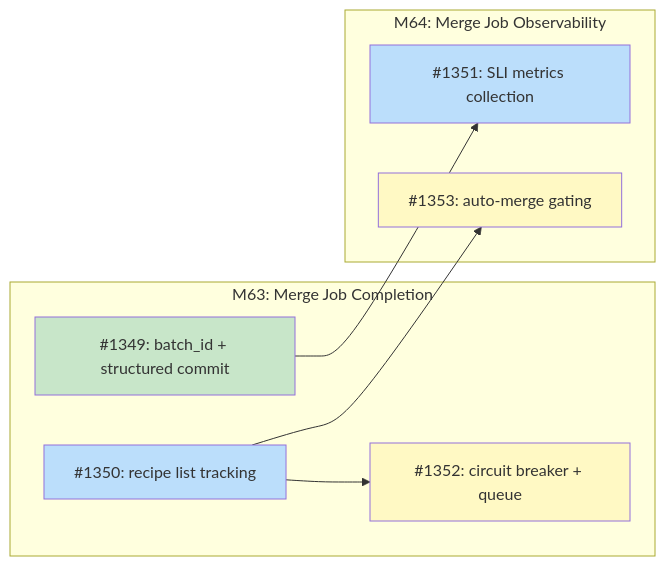
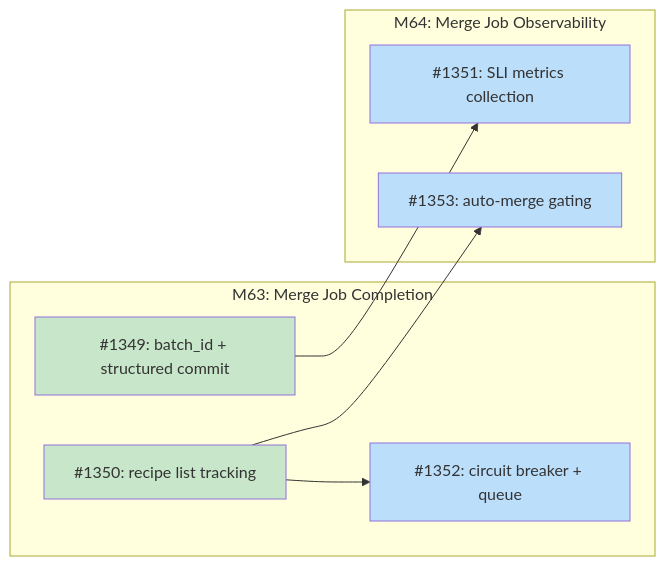
Before and after one commit to tsukumogami/tsuku: the diagram in docs/designs/DESIGN-merge-job-completion.md, drawn with Mermaid. The commit also changed other lines of this file and 1 other file, not shown here.

Commit message:
ci(batch): add recipe list tracking to merge job (#1374)
Accumulate `INCLUDED_RECIPES` and `EXCLUDED_RECIPES` name lists during
the merge job's constraint derivation loop. Previously only counts were
tracked; downstream steps need the actual recipe names to update queue
statuses per-recipe (#1352) and to know which recipes were excluded
(#1353).

Both variables are exported to `$GITHUB_ENV` as space-separated lists,
with the leading space stripped. No new steps or files — just variable
accumulation alongside existing count logic.

````diff
--- a/docs/designs/DESIGN-merge-job-completion.md
+++ b/docs/designs/DESIGN-merge-job-completion.md
@@ -45,27 +45,25 @@
 ```mermaid
 graph LR
     subgraph M63["M63: Merge Job Completion"]
         I1349["#1349: batch_id + structured commit"]
         I1350["#1350: recipe list tracking"]
         I1352["#1352: circuit breaker + queue"]
     end
 
     subgraph M64["M64: Merge Job Observability"]
         I1351["#1351: SLI metrics collection"]
         I1353["#1353: auto-merge gating"]
     end
 
     I1350 --> I1352
     I1349 --> I1351
     I1350 --> I1353
 
     classDef done fill:#c8e6c9
     classDef ready fill:#bbdefb
     classDef blocked fill:#fff9c4
     classDef needsDesign fill:#e1bee7
 
-    class I1349 done
-    class I1350 ready
-    class I1351 ready
-    class I1352,I1353 blocked
+    class I1349,I1350 done
+    class I1351,I1352,I1353 ready
 ```
````
